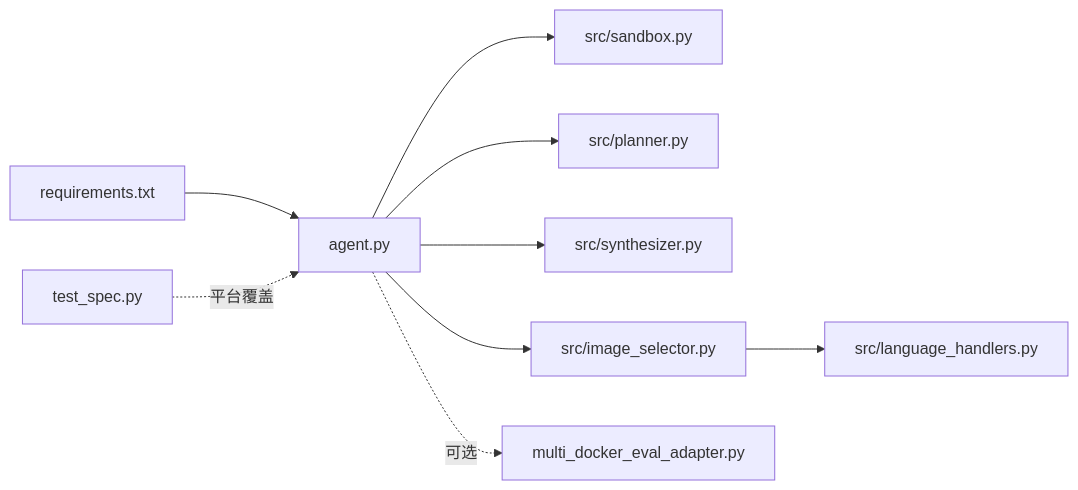
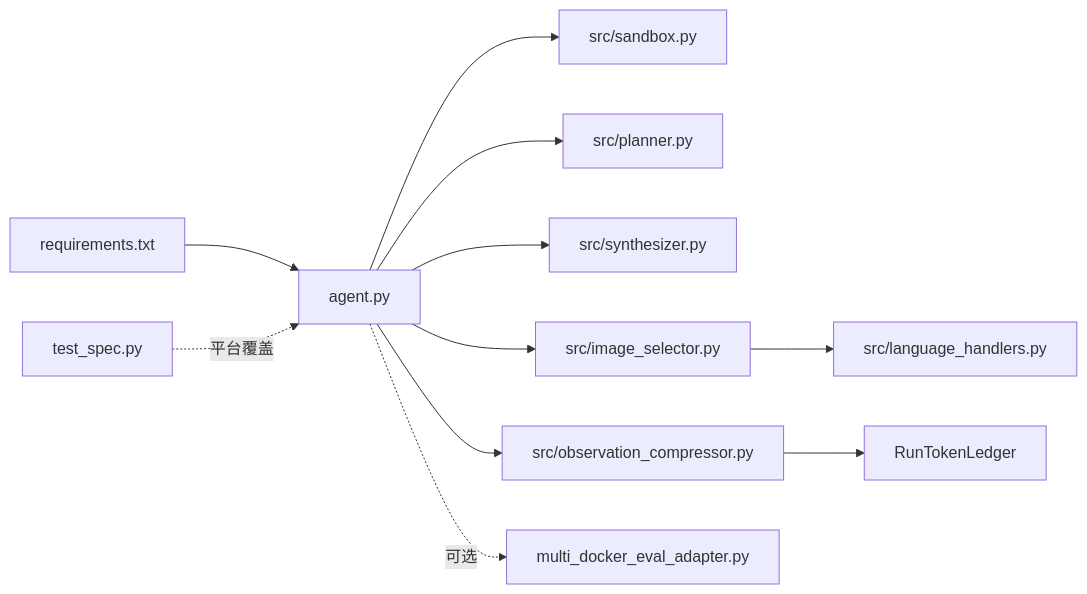
The third of 3 diagrams in .qoder/repowiki/zh/content/核心组件/DockerAgent 主类.md (Jayint/Jayint-repo), drawn with Mermaid before and after one commit. The commit also changed other lines of this file and 168 other files, not shown here.

````diff
--- a/.qoder/repowiki/zh/content/核心组件/DockerAgent 主类.md
+++ b/.qoder/repowiki/zh/content/核心组件/DockerAgent 主类.md
@@ -401,11 +505,13 @@
 ```mermaid
 graph LR
 REQ["requirements.txt"] --> A["agent.py"]
 A --> S["src/sandbox.py"]
 A --> P["src/planner.py"]
 A --> Y["src/synthesizer.py"]
 A --> IS["src/image_selector.py"]
+A --> OC["src/observation_compressor.py"]
+OC --> RT["RunTokenLedger"]
 IS --> LH["src/language_handlers.py"]
 A -. 可选 .-> M["multi_docker_eval_adapter.py"]
 T["test_spec.py"] -. 平台覆盖 .-> A
 ```
````
